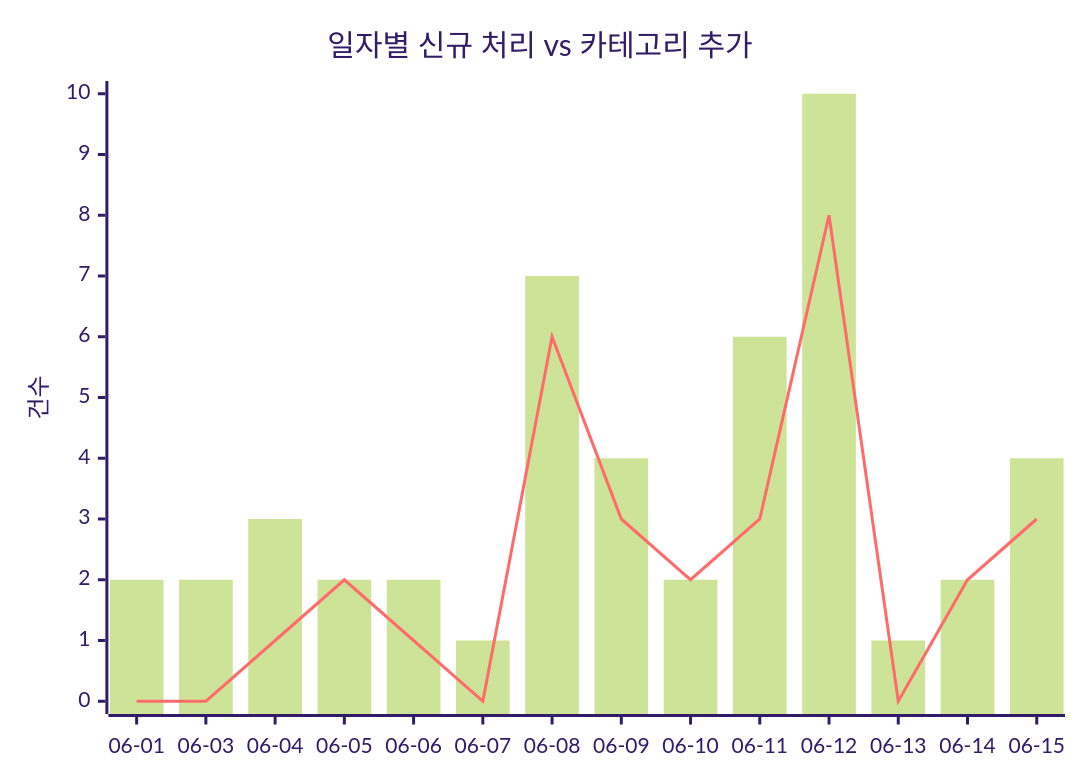
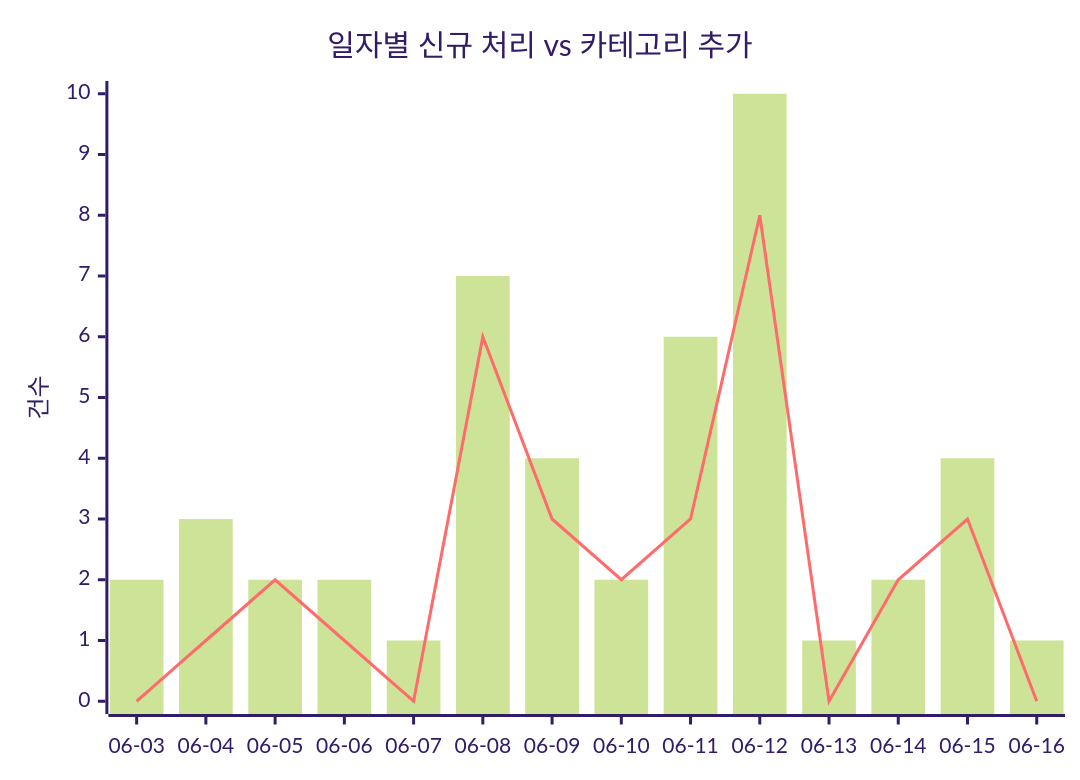
The first of 2 diagrams in docs/trends.md (J-nowcow/awesome-korean-agent-skills), drawn with Mermaid (forest theme) before and after one commit. The commit also changed other lines of this file and 2 other files, not shown here.

````diff
--- a/docs/trends.md
+++ b/docs/trends.md
@@ -32,8 +32,8 @@
 ```mermaid
 xychart-beta
     title "일자별 신규 처리 vs 카테고리 추가"
-    x-axis ["06-01","06-03","06-04","06-05","06-06","06-07","06-08","06-09","06-10","06-11","06-12","06-13","06-14","06-15"]
+    x-axis ["06-03","06-04","06-05","06-06","06-07","06-08","06-09","06-10","06-11","06-12","06-13","06-14","06-15","06-16"]
     y-axis "건수"
-    bar [2,2,3,2,2,1,7,4,2,6,10,1,2,4]
-    line [0,0,1,2,1,0,6,3,2,3,8,0,2,3]
+    bar [2,3,2,2,1,7,4,2,6,10,1,2,4,1]
+    line [0,1,2,1,0,6,3,2,3,8,0,2,3,0]
 ```
````
